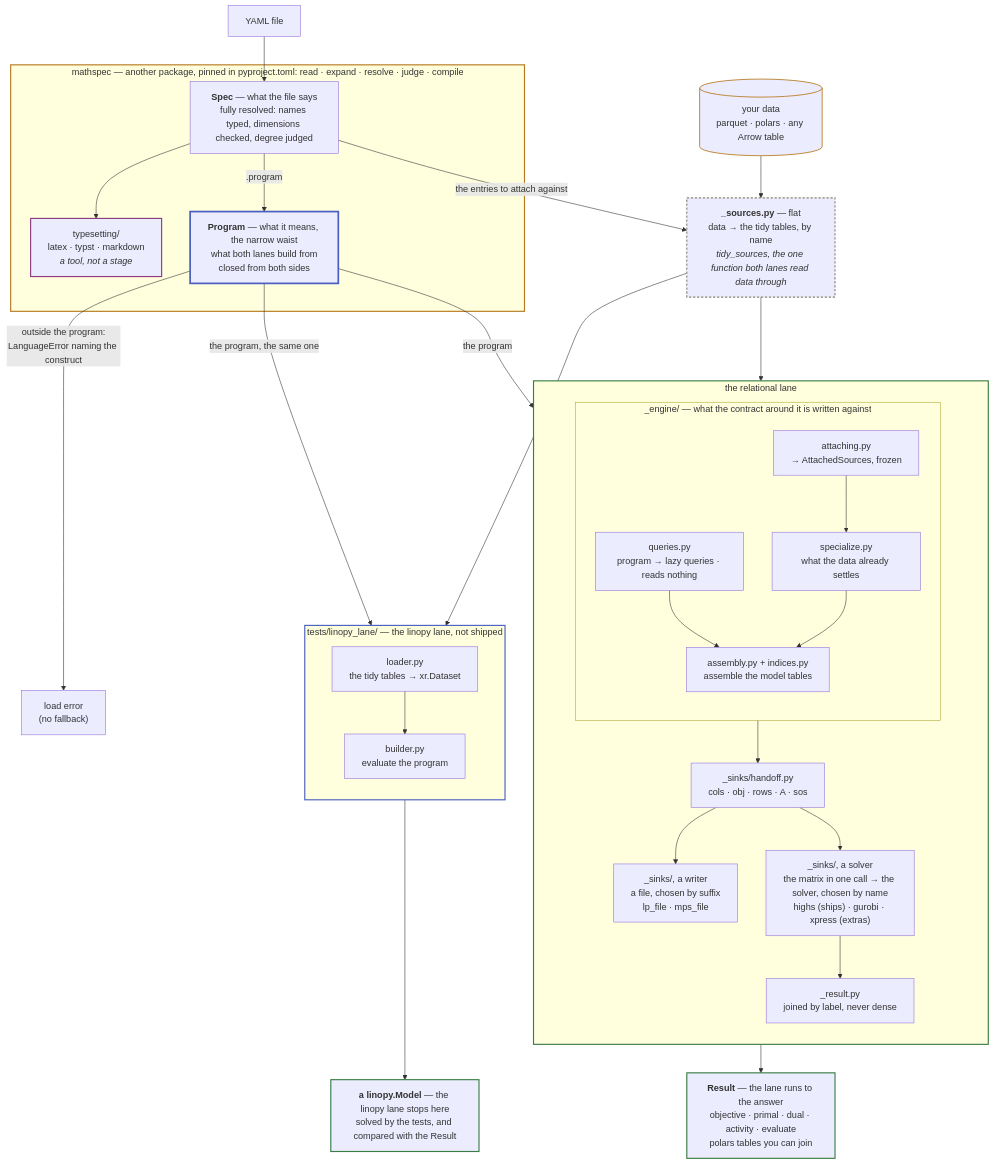
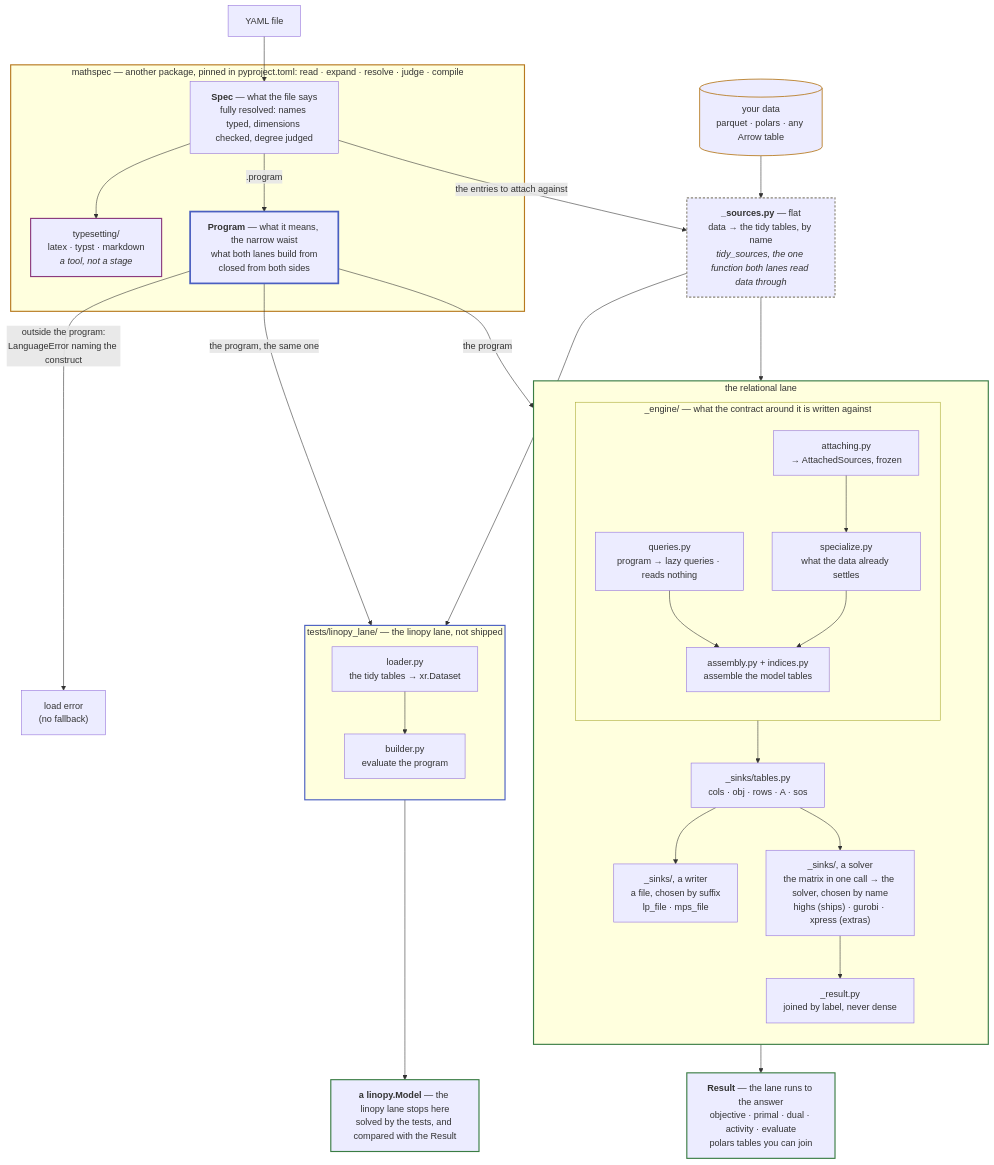
The diagram in docs/development/architecture.md (fluxopt/specsolve), drawn with Mermaid before and after one commit. The commit also changed other lines of this file and 44 other files, not shown here.

First line of the commit message:
chore(sinks): the tables a sink reads are called SinkTables instead of Handoff

````diff
--- a/docs/development/architecture.md
+++ b/docs/development/architecture.md
@@ -19,60 +19,60 @@
 ```mermaid
 flowchart TB
     Y[YAML file] --> SPEC
     DATA[("your data<br/>parquet · polars · any Arrow table")] --> SRC
 
     subgraph MS["mathspec — another package, pinned in pyproject.toml: read · expand · resolve · judge · compile"]
         SPEC["<b>Spec</b> — what the file says<br/>fully resolved: names typed, dimensions checked, degree judged"]
         SPEC --> TS["typesetting/<br/>latex · typst · markdown<br/><i>a tool, not a stage</i>"]
         SPEC -->|".program"| PLAN["<b>Program</b> — what it means, the narrow waist<br/>what both lanes build from<br/>closed from both sides"]
     end
 
     SPEC -->|"the entries to attach against"| SRC
     SRC["<b>_sources.py</b> — flat<br/>data → the tidy tables, by name<br/><i>tidy_sources, the one function both lanes read data through</i>"]
 
     PLAN -->|"outside the program:<br/>LanguageError naming the construct"| ERR["load error<br/>(no fallback)"]
     PLAN -->|"the program"| QUERIES
     SRC --> ATTACH
     PLAN -->|"the program, the same one"| BUILD
     SRC --> LOAD
 
     subgraph REL["the relational lane"]
         direction TB
         subgraph ENG["_engine/ — what the contract around it is written against"]
             direction TB
             QUERIES["queries.py<br/>program → lazy queries · reads nothing"] --> ENGINE
             ATTACH["attaching.py<br/>→ AttachedSources, frozen"] --> SPECIALIZE["specialize.py<br/>what the data already settles"]
             SPECIALIZE --> ENGINE["assembly.py + indices.py<br/>assemble the model tables"]
         end
-        ENG --> TABLES["_sinks/handoff.py<br/>cols · obj · rows · A · sos"]
+        ENG --> TABLES["_sinks/tables.py<br/>cols · obj · rows · A · sos"]
         TABLES --> LPS["_sinks/, a writer<br/>a file, chosen by suffix<br/>lp_file · mps_file"]
         TABLES --> DIRECT["_sinks/, a solver<br/>the matrix in one call → the solver, chosen by name<br/>highs (ships) · gurobi · xpress (extras)"]
         DIRECT --> SOL["_result.py<br/>joined by label, never dense"]
     end
 
     SOL --> ANS["<b>Result</b> — the lane runs to the answer<br/>objective · primal · dual · activity · evaluate<br/>polars tables you can join"]
 
     subgraph LIN["tests/linopy_lane/ — the linopy lane, not shipped"]
         direction TB
         LOAD["loader.py<br/>the tidy tables → xr.Dataset"] --> BUILD["builder.py<br/>evaluate the program"]
     end
 
     BUILD --> MODEL["<b>a linopy.Model</b> — the linopy lane stops here<br/>solved by the tests, and compared with the Result"]
 
     classDef laneL stroke:#b7791f,stroke-width:2px
     classDef laneR stroke:#3a7d44,stroke-width:2px
     classDef laneE stroke:#4a5fc1,stroke-width:2px
     classDef laneT stroke:#8b3a7d,stroke-width:2px
     classDef waist stroke:#4a5fc1,stroke-width:3px
     classDef flat stroke:#8a8578,stroke-width:2px,stroke-dasharray:4 3
     classDef data stroke:#b7791f,stroke-width:1.5px
     classDef out stroke:#3a7d44,stroke-width:2px
     class MS laneL
     class REL laneR
     class LIN laneE
     class TS laneT
     class PLAN waist
     class SRC flat
     class DATA data
     class ANS,MODEL out
 ```
````
